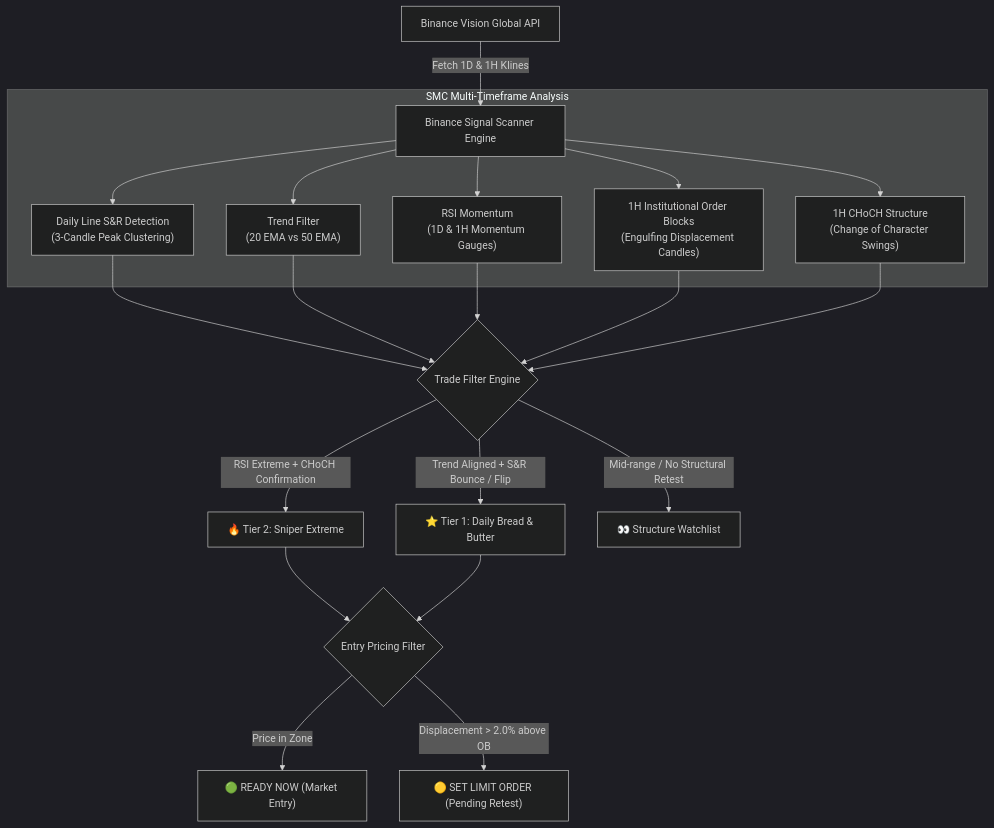
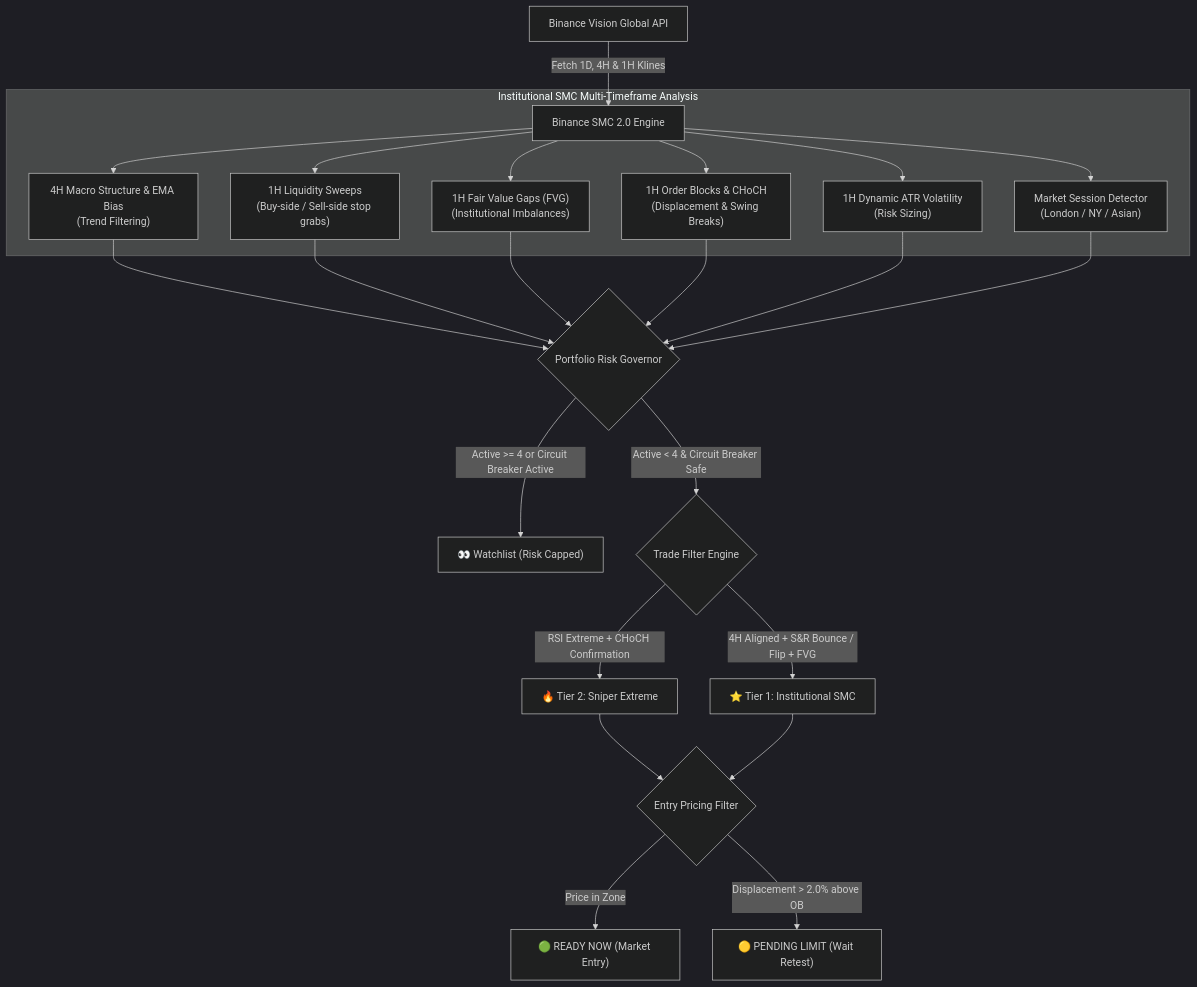
The first of 2 diagrams in TRADING_SYSTEM_REPORT.md (jayawmdi-source/Crypto_Signals), drawn with Mermaid (dark theme) before and after one commit. The commit also changed other lines of this file and 7 other files, not shown here.

Commit message:
feat: complete institutional SMC 2.0 rebuild with FVG, Liquidity Sweeps, 4H MTF, Trailing BE, and ATR stops

````diff
--- a/TRADING_SYSTEM_REPORT.md
+++ b/TRADING_SYSTEM_REPORT.md
@@ -50,22 +57,25 @@
 ```mermaid
 flowchart TD
-    A["Binance Vision Global API"] -->|Fetch 1D & 1H Klines| B["Binance Signal Scanner Engine"]
+    A["Binance Vision Global API"] -->|Fetch 1D, 4H & 1H Klines| B["Binance SMC 2.0 Engine"]
     
-    subgraph Analysis ["SMC Multi-Timeframe Analysis"]
-        B --> C["Daily Line S&R Detection<br/>(3-Candle Peak Clustering)"]
-        B --> D["Trend Filter<br/>(20 EMA vs 50 EMA)"]
-        B --> E["RSI Momentum<br/>(1D & 1H Momentum Gauges)"]
-        B --> F["1H Institutional Order Blocks<br/>(Engulfing Displacement Candles)"]
-        B --> G["1H CHoCH Structure<br/>(Change of Character Swings)"]
+    subgraph Analysis ["Institutional SMC Multi-Timeframe Analysis"]
+        B --> C["4H Macro Structure & EMA Bias<br/>(Trend Filtering)"]
+        B --> D["1H Liquidity Sweeps<br/>(Buy-side / Sell-side stop grabs)"]
+        B --> E["1H Fair Value Gaps (FVG)<br/>(Institutional Imbalances)"]
+        B --> F["1H Order Blocks & CHoCH<br/>(Displacement & Swing Breaks)"]
+        B --> G["1H Dynamic ATR Volatility<br/>(Risk Sizing)"]
+        B --> H["Market Session Detector<br/>(London / NY / Asian)"]
     end
     
-    C & D & E & F & G --> H{"Trade Filter Engine"}
+    C & D & E & F & G & H --> I{"Portfolio Risk Governor"}
     
-    H -->|RSI Extreme + CHoCH Confirmation| I["🔥 Tier 2: Sniper Extreme"]
-    H -->|Trend Aligned + S&R Bounce / Flip| J["⭐ Tier 1: Daily Bread & Butter"]
-    H -->|Mid-range / No Structural Retest| K["👀 Structure Watchlist"]
+    I -->|Active >= 4 or Circuit Breaker Active| J["👀 Watchlist (Risk Capped)"]
+    I -->|Active < 4 & Circuit Breaker Safe| K{"Trade Filter Engine"}
     
-    I & J --> L{"Entry Pricing Filter"}
-    L -->|Price in Zone| M["🟢 READY NOW (Market Entry)"]
-    L -->|Displacement > 2.0% above OB| N["🟡 SET LIMIT ORDER (Pending Retest)"]
+    K -->|RSI Extreme + CHoCH Confirmation| L["🔥 Tier 2: Sniper Extreme"]
+    K -->|4H Aligned + S&R Bounce / Flip + FVG| M["⭐ Tier 1: Institutional SMC"]
+    
+    L & M --> N{"Entry Pricing Filter"}
+    N -->|Price in Zone| O["🟢 READY NOW (Market Entry)"]
+    N -->|Displacement > 2.0% above OB| P["🟡 PENDING LIMIT (Wait Retest)"]
 ```
````
